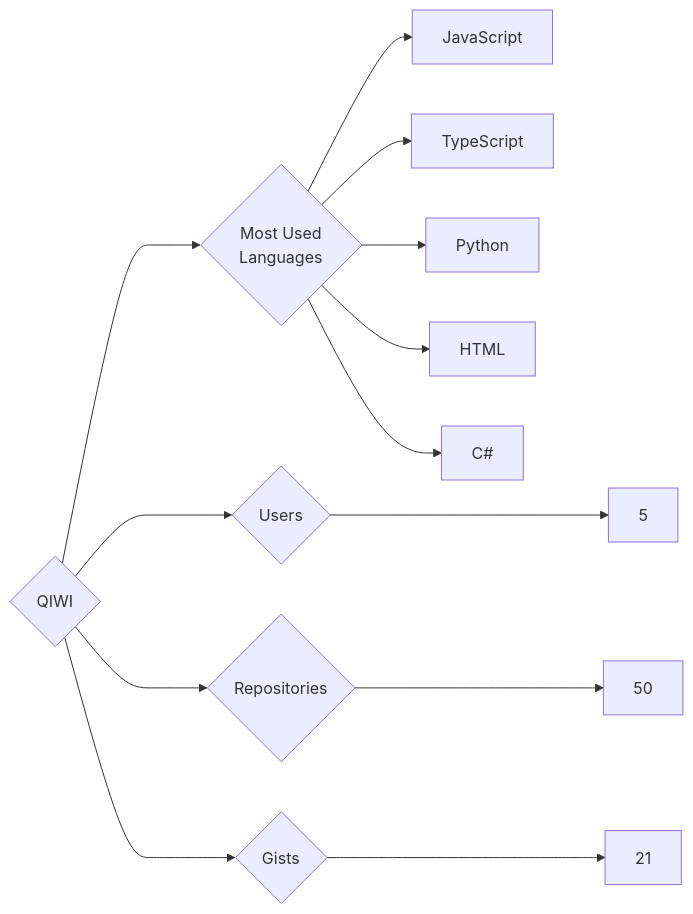
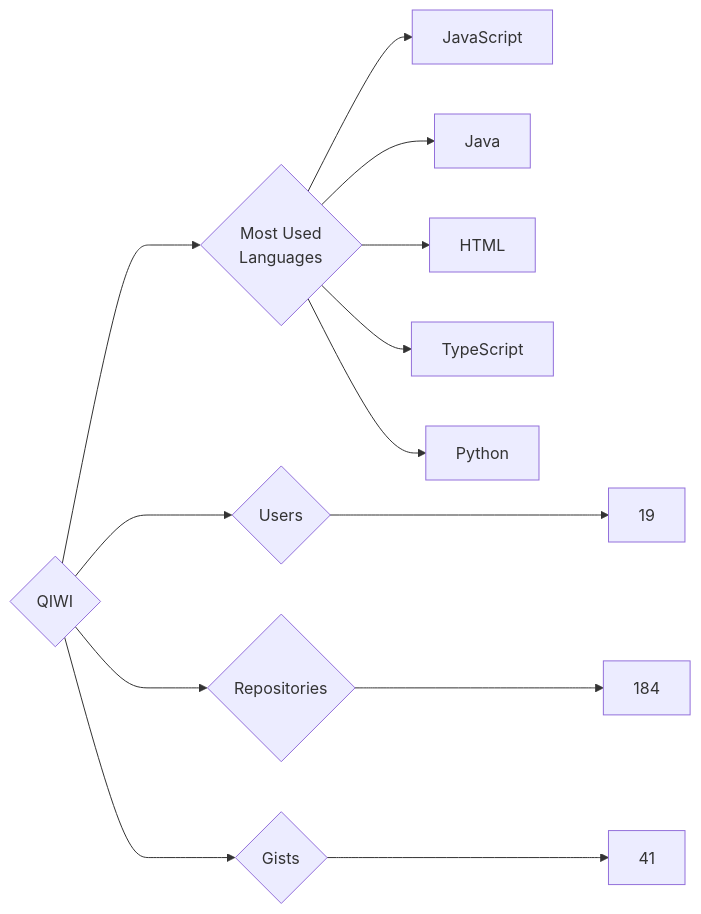
Before and after one commit to trickest/insiders: the diagram in targets/QIWI/README.md, drawn with Mermaid. The commit also changed 928 other files, not shown here.

````diff
--- a/targets/QIWI/README.md
+++ b/targets/QIWI/README.md
@@ -3,13 +3,13 @@
 ```mermaid
 graph LR
 COMPANY_NAME{QIWI}
-COMPANY_NAME ---> U{Users} ---> UN[5]
-COMPANY_NAME ---> R{Repositories} ---> RN[50]
-COMPANY_NAME ---> G{Gists} ---> GN[21]
+COMPANY_NAME ---> U{Users} ---> UN[19]
+COMPANY_NAME ---> R{Repositories} ---> RN[184]
+COMPANY_NAME ---> G{Gists} ---> GN[41]
 COMPANY_NAME ---> ML{Most Used<br>Languages}
 ML --> JavaScript[JavaScript]
+ML --> Java[Java]
+ML --> HTML[HTML]
 ML --> TypeScript[TypeScript]
 ML --> Python[Python]
-ML --> HTML[HTML]
-ML --> C#[C#]
 ```
````
